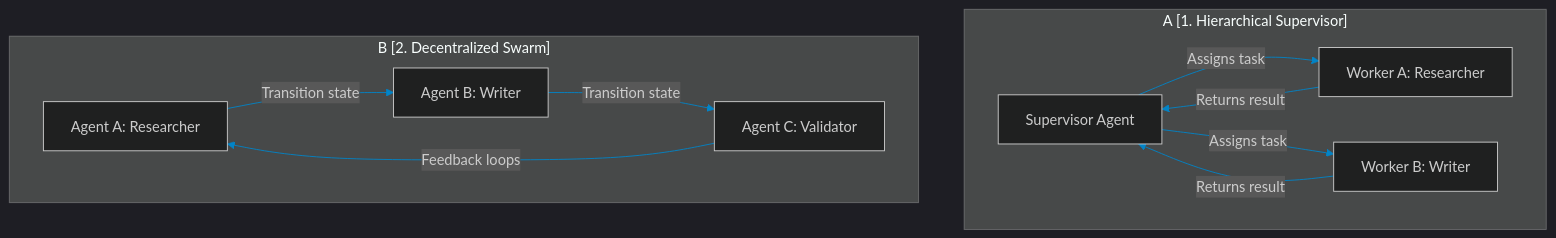
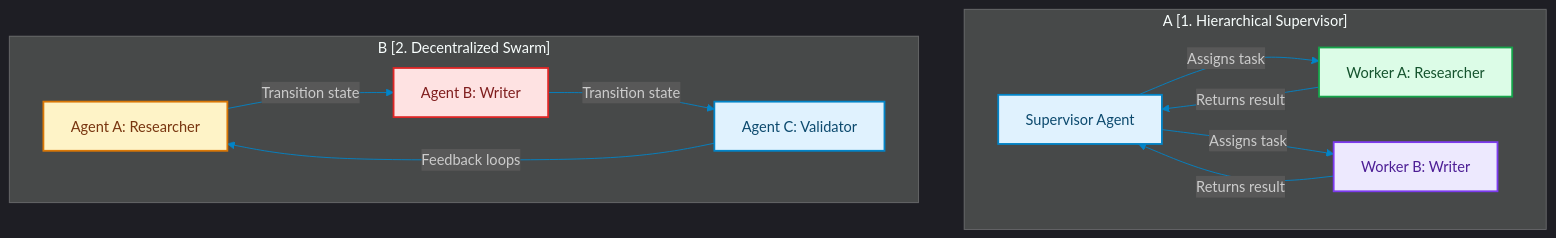
Before and after one commit to akmalkhaniub/akmalkhaniub.github.io: the diagram in blog/posts/agentic-swarms-vs-hierarchical-orchestrator-topologies.md, drawn with Mermaid. The commit also changed other lines of this file and 1291 other files, not shown here.

First line of the commit message:
feat(catalog): unique covers, scholarly references, and diagram palettes

````diff
--- a/blog/posts/agentic-swarms-vs-hierarchical-orchestrator-topologies.md
+++ b/blog/posts/agentic-swarms-vs-hierarchical-orchestrator-topologies.md
@@ -15,16 +15,27 @@
 ```mermaid
 %%{init: {'theme': 'dark', 'themeVariables': { 'primaryColor': '#0284c7', 'primaryTextColor': '#f3f4f6', 'primaryBorderColor': '#38bdf8', 'lineColor': '#0284c7', 'secondaryColor': '#111827', 'tertiaryColor': '#0b0f19'}}}%%
 flowchart TD
     subgraph SG1_A1Hierarchical ["A [1. Hierarchical Supervisor]"]
-        Sup[Supervisor Agent] -->|Assigns task| W1[Worker A: Researcher]
+        Sup["Supervisor Agent"] -->|Assigns task| W1["Worker A: Researcher"]
         W1 -->|Returns result| Sup
-        Sup -->|Assigns task| W2[Worker B: Writer]
+        Sup -->|Assigns task| W2["Worker B: Writer"]
         W2 -->|Returns result| Sup
     end
 
     subgraph SG2_B2Decentralized ["B [2. Decentralized Swarm]"]
-        S1[Agent A: Researcher] -->|Transition state| S2[Agent B: Writer]
-        S2 -->|Transition state| S3[Agent C: Validator]
+        S1["Agent A: Researcher"] -->|Transition state| S2["Agent B: Writer"]
+        S2 -->|Transition state| S3["Agent C: Validator"]
         S3 -->|Feedback loops| S1
     end
+
+classDef green fill:#dcfce7,stroke:#16a34a,stroke-width:2px,color:#14532d;
+classDef red fill:#fee2e2,stroke:#dc2626,stroke-width:2px,color:#7f1d1d;
+classDef blue fill:#e0f2fe,stroke:#0284c7,stroke-width:2px,color:#0c4a6e;
+classDef yellow fill:#fef3c7,stroke:#d97706,stroke-width:2px,color:#78350f;
+classDef purple fill:#ede9fe,stroke:#7c3aed,stroke-width:2px,color:#4c1d95;
+class Sup,S3 blue
+class W1 green
+class W2 purple
+class S1 yellow
+class S2 red
 ```
````
